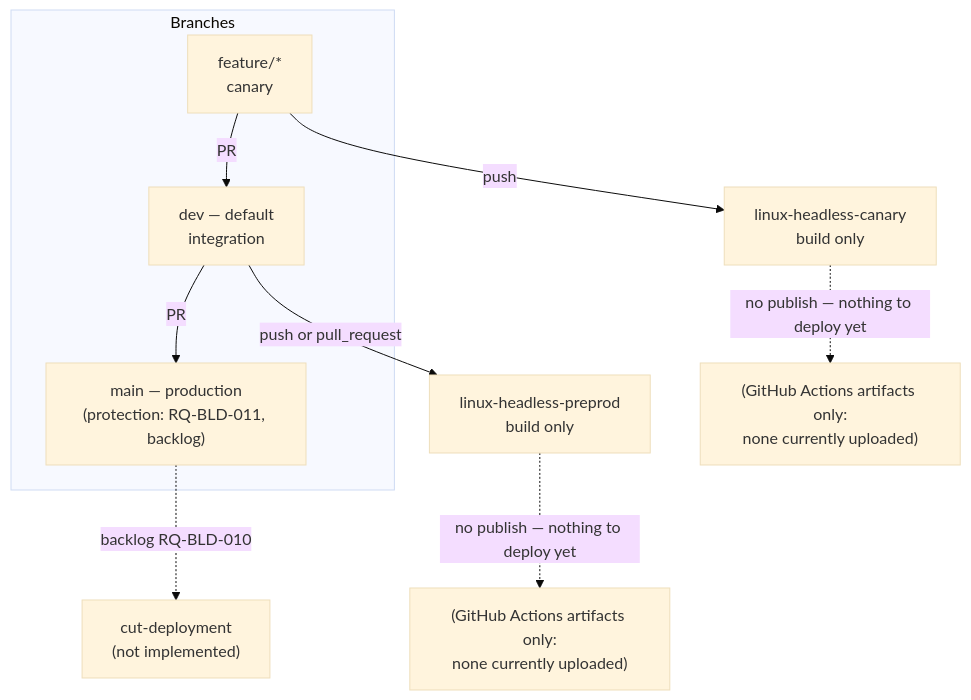
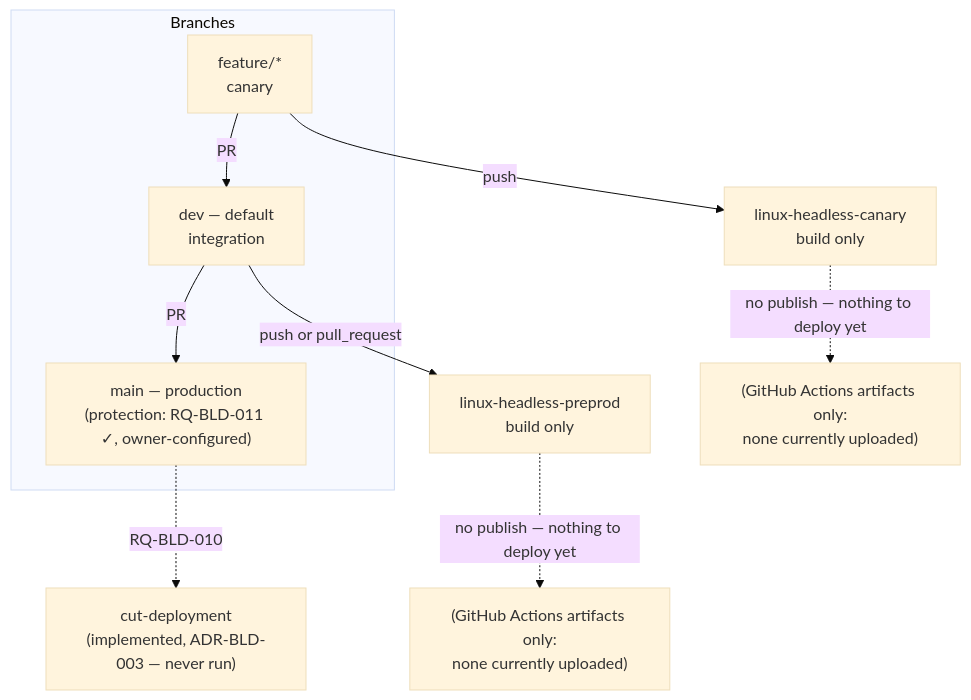
The diagram in process/2.architecture/ADR-BLD-002-two-branch-headless-ci.md (xplorer2716/XS56K), drawn with Mermaid (base theme) before and after one commit. The commit also changed other lines of this file and 3 other files, not shown here.

First line of the commit message:
docs(BLD): TASK-BLD-008 mark main branch protection Done (owner-configured)

````diff
--- a/process/2.architecture/ADR-BLD-002-two-branch-headless-ci.md
+++ b/process/2.architecture/ADR-BLD-002-two-branch-headless-ci.md
@@ -105,18 +108,18 @@
 ```mermaid
 flowchart TD
     subgraph branches["Branches"]
         FT["feature/*<br/>canary"]
         DEV["dev — default<br/>integration"]
-        MAIN["main — production<br/>(protection: RQ-BLD-011, backlog)"]
+        MAIN["main — production<br/>(protection: RQ-BLD-011 ✓, owner-configured)"]
         FT -->|"PR"| DEV
         DEV -->|"PR"| MAIN
     end
 
     FT -->|"push"| CANARY["linux-headless-canary<br/>build only"]
     DEV -->|"push or pull_request"| DEVCI["linux-headless-preprod<br/>build only"]
 
     CANARY -.->|"no publish — nothing to deploy yet"| NONE1["(GitHub Actions artifacts only:<br/>none currently uploaded)"]
     DEVCI -.->|"no publish — nothing to deploy yet"| NONE2["(GitHub Actions artifacts only:<br/>none currently uploaded)"]
 
-    MAIN -.->|"backlog RQ-BLD-010"| CUT["cut-deployment<br/>(not implemented)"]
+    MAIN -.->|"RQ-BLD-010"| CUT["cut-deployment<br/>(implemented, ADR-BLD-003 — never run)"]
 ```
````
